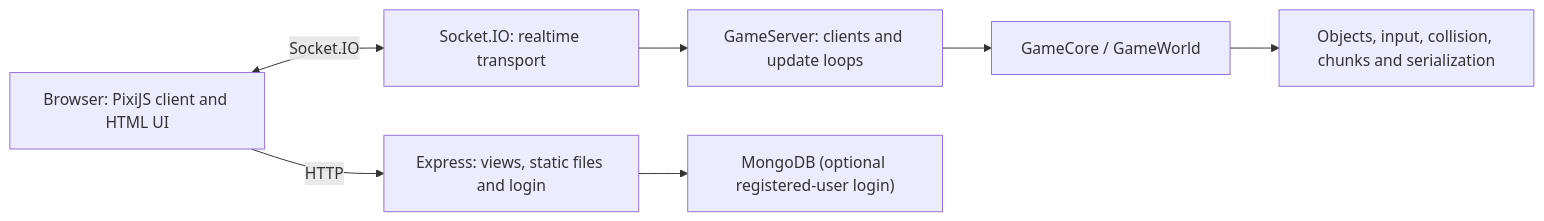
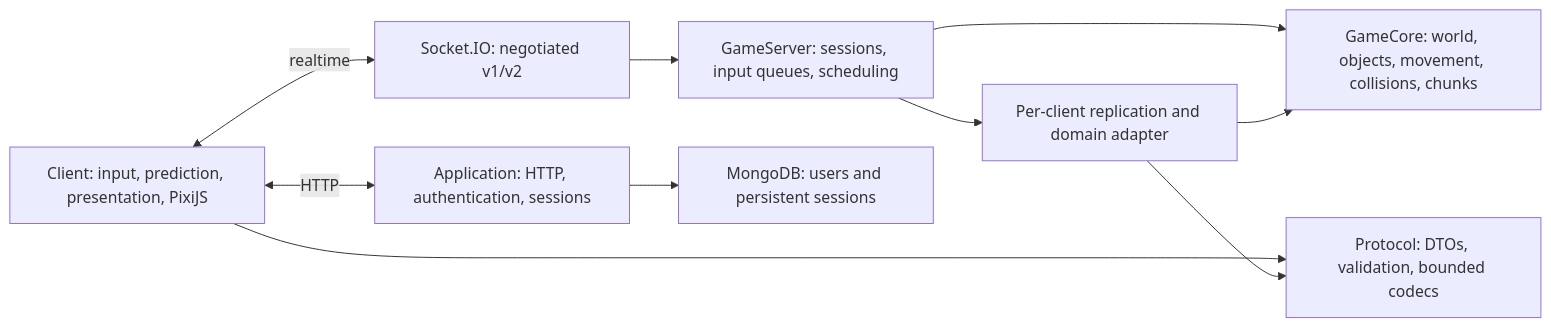
The first of 2 diagrams in docs/architecture.md (Piecha93/NodeMMOGame), drawn with Mermaid before and after one commit. The commit also changed other lines of this file and 198 other files, not shown here.

````diff
--- a/docs/architecture.md
+++ b/docs/architecture.md
@@ -7,17 +7,21 @@
 ```mermaid
 flowchart LR
-    Browser["Browser: PixiJS client and HTML UI"]
-    HTTP["Express: views, static files and login"]
-    Socket["Socket.IO: realtime transport"]
-    Server["GameServer: clients and update loops"]
-    World["GameCore / GameWorld"]
-    Systems["Objects, input, collision, chunks and serialization"]
-    Mongo["MongoDB (optional registered-user login)"]
+    Browser["Client: input, prediction, presentation, PixiJS"]
+    HTTP["Application: HTTP, authentication, sessions"]
+    Transport["Socket.IO: negotiated v1/v2"]
+    Server["GameServer: sessions, input queues, scheduling"]
+    Protocol["Protocol: DTOs, validation, bounded codecs"]
+    Replication["Per-client replication and domain adapter"]
+    Core["GameCore: world, objects, movement, collisions, chunks"]
+    Mongo["MongoDB: users and persistent sessions"]
 
-    Browser -->|HTTP| HTTP
-    Browser <-->|Socket.IO| Socket
+    Browser <-->|"HTTP"| HTTP
+    Browser <-->|"realtime"| Transport
+    Transport --> Server
+    Server --> Core
+    Server --> Replication
+    Browser --> Protocol
+    Replication --> Protocol
+    Replication --> Core
     HTTP --> Mongo
-    Socket --> Server
-    Server --> World
-    World --> Systems
 ```
````
